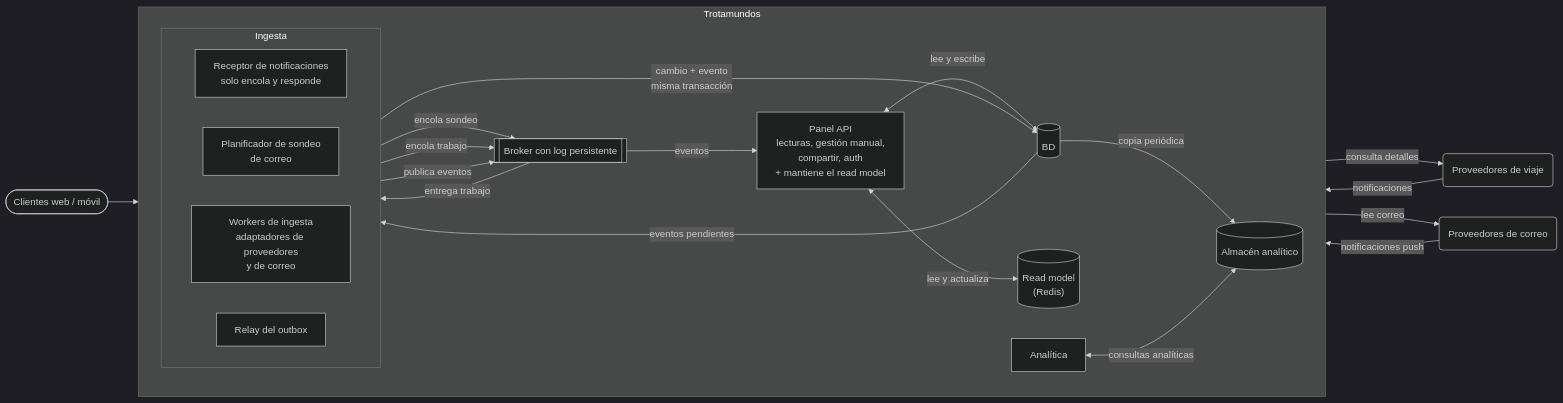
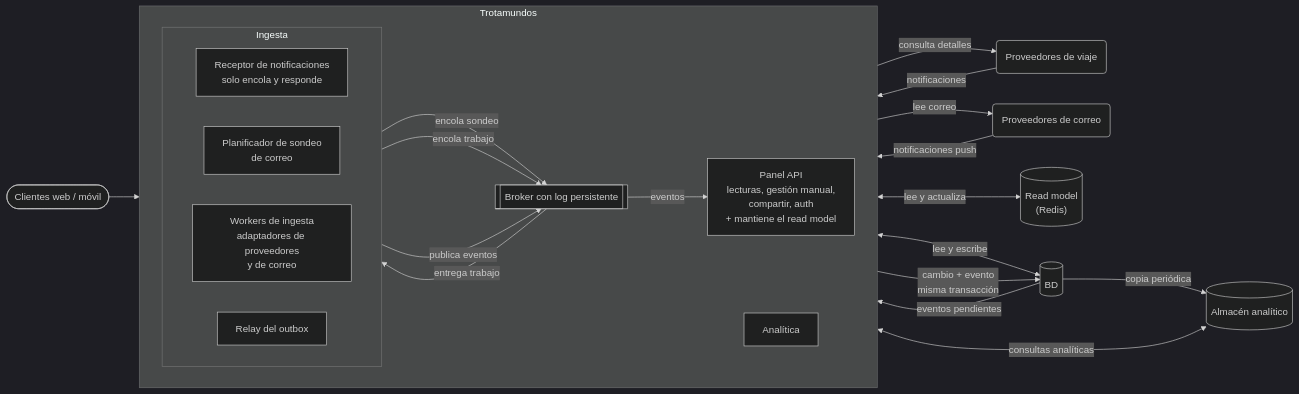
Before and after one commit to matiascanova/TPE_SOFTWARE: the diagram in Iteracion-1.md, drawn with Mermaid (dark theme).

````diff
--- a/Iteracion-1.md
+++ b/Iteracion-1.md
@@ -51,45 +51,45 @@
 ```mermaid
 flowchart LR
     CL([Clientes web / móvil])
     PV(Proveedores de viaje)
     MC(Proveedores de correo)
 
     subgraph TROT[Trotamundos]
         direction LR
         API["Panel API<br/>lecturas, gestión manual,<br/>compartir, auth<br/>+ mantiene el read model"]
-        RM[("Read model<br/>(Redis)")]
 
         subgraph INGD[Ingesta]
             direction LR
             RX["Receptor de notificaciones<br/>solo encola y responde"]
             PS["Planificador de sondeo<br/>de correo"]
             WK["Workers de ingesta<br/>adaptadores de proveedores<br/>y de correo"]
             RL["Relay del outbox"]
         end
 
         BR[["Broker con log persistente"]]
-        DB[("BD")]
-        AA[("Almacén analítico")]
         CA["Analítica"]
     end
-
+    RM[("Read model<br/>(Redis)")]
+    DB[("BD")]
+    AA[("Almacén analítico")]
     CL --> API
     API <-->|"lee y escribe"| DB
     API <-->|"lee y actualiza"| RM
 
+    
     PV -- "notificaciones" --> RX
     MC -- "notificaciones push" --> RX
     PS -- "encola sondeo" --> BR
     RX -- "encola trabajo" --> BR
     BR -- "entrega trabajo" --> WK
     WK -- "consulta detalles" --> PV
     WK -- "lee correo" --> MC
     WK -- "cambio + evento<br/>misma transacción" --> DB
 
     DB -- "eventos pendientes" --> RL
     RL -- "publica eventos" --> BR
     BR -- "eventos" --> API
 
     DB -- "copia periódica" --> AA
     CA <-- "consultas analíticas" --> AA
 ```
````
